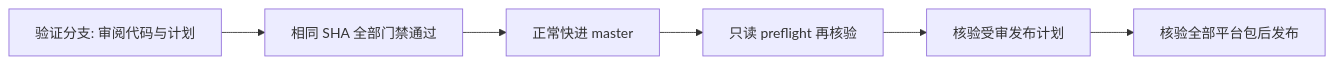
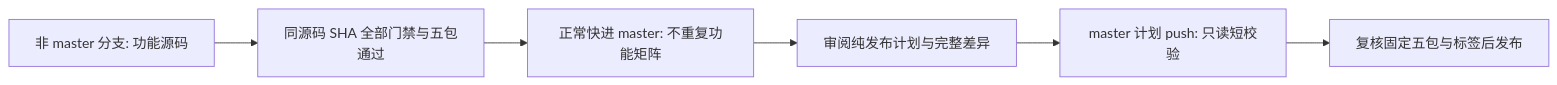
The diagram in docs/发布与分支清理模块.md (barry-ran/peerloom), drawn with Mermaid before and after one commit. The commit also changed other lines of this file and 11 other files, not shown here.

````diff
--- a/docs/发布与分支清理模块.md
+++ b/docs/发布与分支清理模块.md
@@ -9,8 +11,8 @@
 ```mermaid
 flowchart LR
-  A[验证分支: 审阅代码与计划] --> B[相同 SHA 全部门禁通过]
-  B --> C[正常快进 master]
-  C --> D[只读 preflight 再核验]
-  D --> E[核验受审发布计划]
-  E --> F[核验全部平台包后发布]
+  A[非 master 分支: 功能源码] --> B[同源码 SHA 全部门禁与五包通过]
+  B --> C[正常快进 master: 不重复功能矩阵]
+  C --> D[审阅纯发布计划与完整差异]
+  D --> E[master 计划 push: 只读短校验]
+  E --> F[复核固定五包与标签后发布]
 ```
````
